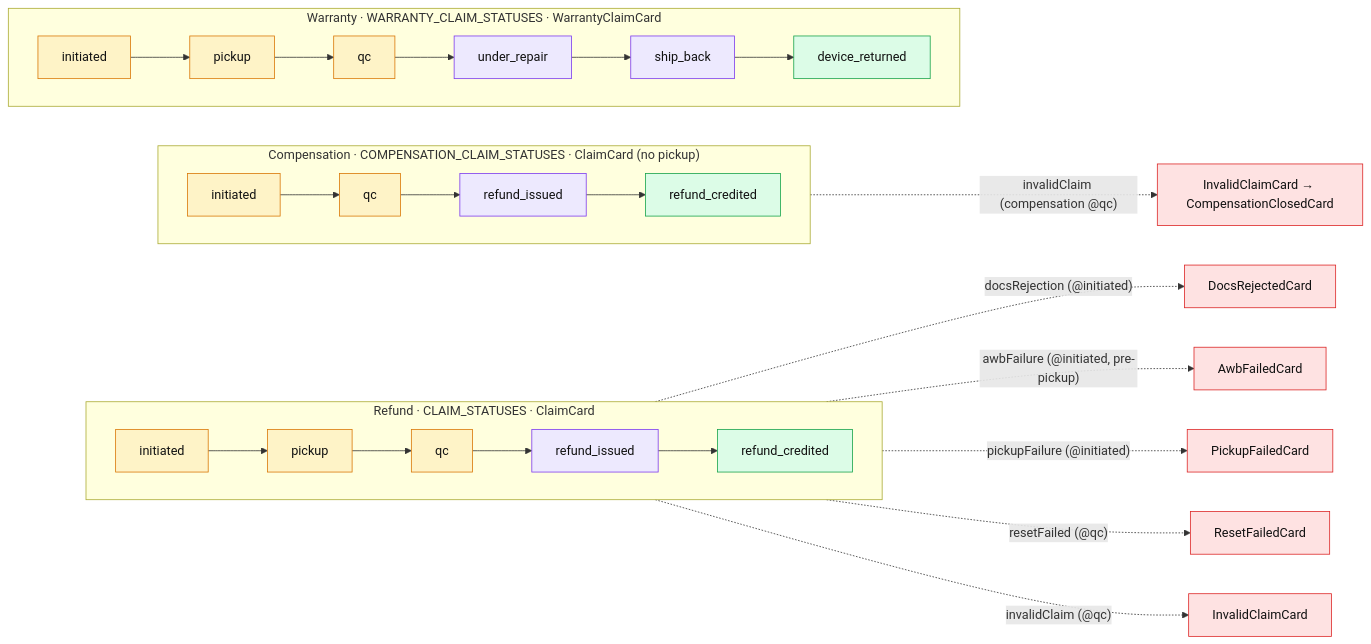
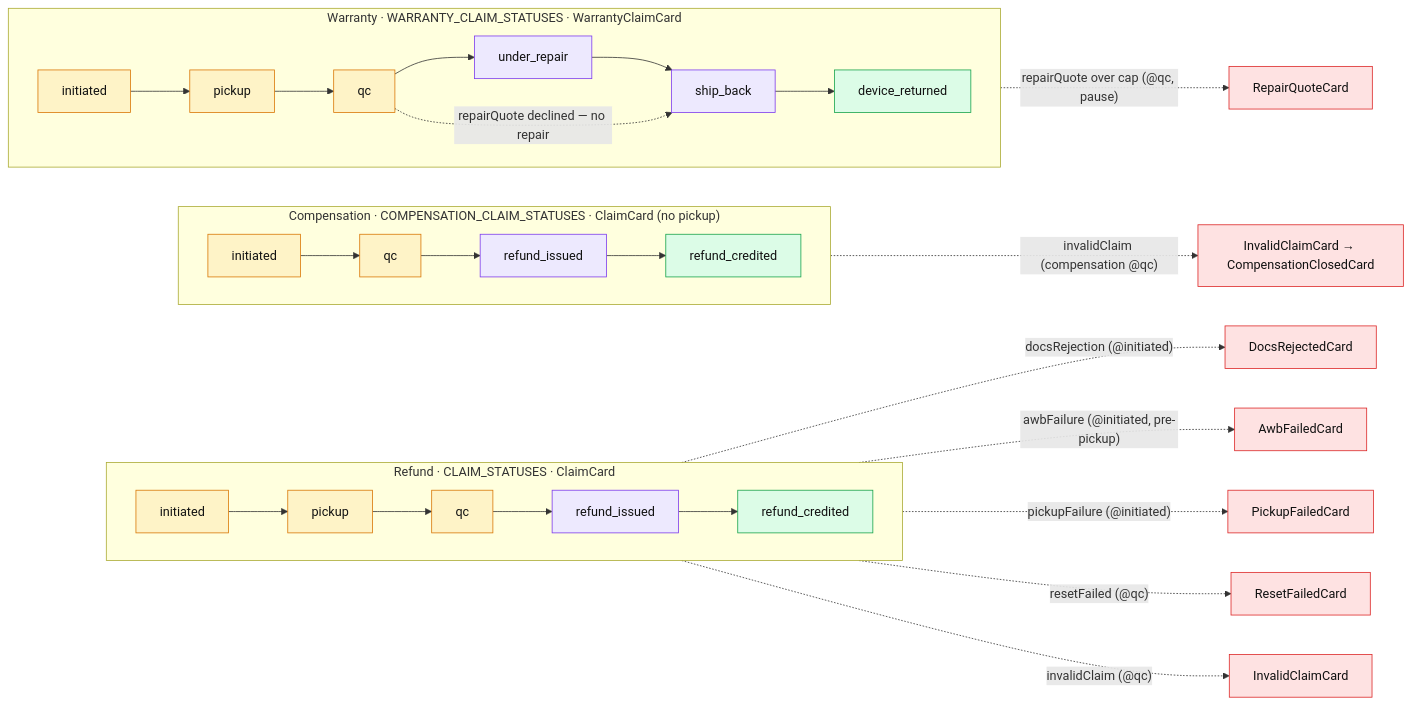
Before and after one commit to andrea-revibe/my-account-redesign-v2: the second of 3 diagrams in docs/output/diagrams.md, drawn with Mermaid. The commit also changed other lines of this file and 17 other files, not shown here.

First line of the commit message:
feat: one-time accidental ack + over-cap repair quote

````diff
--- a/docs/output/diagrams.md
+++ b/docs/output/diagrams.md
@@ -74,27 +76,29 @@
 ```mermaid
 flowchart LR
   classDef warn fill:#fef3c7,stroke:#d97706,color:#111
   classDef brand fill:#ede9fe,stroke:#7c3aed,color:#111
   classDef done fill:#dcfce7,stroke:#16a34a,color:#111
   classDef takeover fill:#fee2e2,stroke:#dc2626,color:#111
 
   subgraph REFUND["Refund · CLAIM_STATUSES · ClaimCard"]
     direction LR
     r1["initiated"]:::warn --> r2["pickup"]:::warn --> r3["qc"]:::warn --> r4["refund_issued"]:::brand --> r5["refund_credited"]:::done
   end
   subgraph COMP["Compensation · COMPENSATION_CLAIM_STATUSES · ClaimCard (no pickup)"]
     direction LR
     c1["initiated"]:::warn --> c3["qc"]:::warn --> c4["refund_issued"]:::brand --> c5["refund_credited"]:::done
   end
   subgraph WARR["Warranty · WARRANTY_CLAIM_STATUSES · WarrantyClaimCard"]
     direction LR
     w1["initiated"]:::warn --> w2["pickup"]:::warn --> w3["qc"]:::warn --> w4["under_repair"]:::brand --> w5["ship_back"]:::brand --> w6["device_returned"]:::done
+    w3 -. "repairQuote declined — no repair" .-> w5
   end
 
   r1 -. "docsRejection (@initiated)" .-> T1["DocsRejectedCard"]:::takeover
   r1 -. "awbFailure (@initiated, pre-pickup)" .-> T1b["AwbFailedCard"]:::takeover
   r1 -. "pickupFailure (@initiated)" .-> T2["PickupFailedCard"]:::takeover
   r3 -. "resetFailed (@qc)" .-> T3["ResetFailedCard"]:::takeover
   r3 -. "invalidClaim (@qc)" .-> T4["InvalidClaimCard"]:::takeover
   c3 -. "invalidClaim (compensation @qc)" .-> T5["InvalidClaimCard → CompensationClosedCard"]:::takeover
+  w3 -. "repairQuote over cap (@qc, pause)" .-> T6["RepairQuoteCard"]:::takeover
 ```
````
